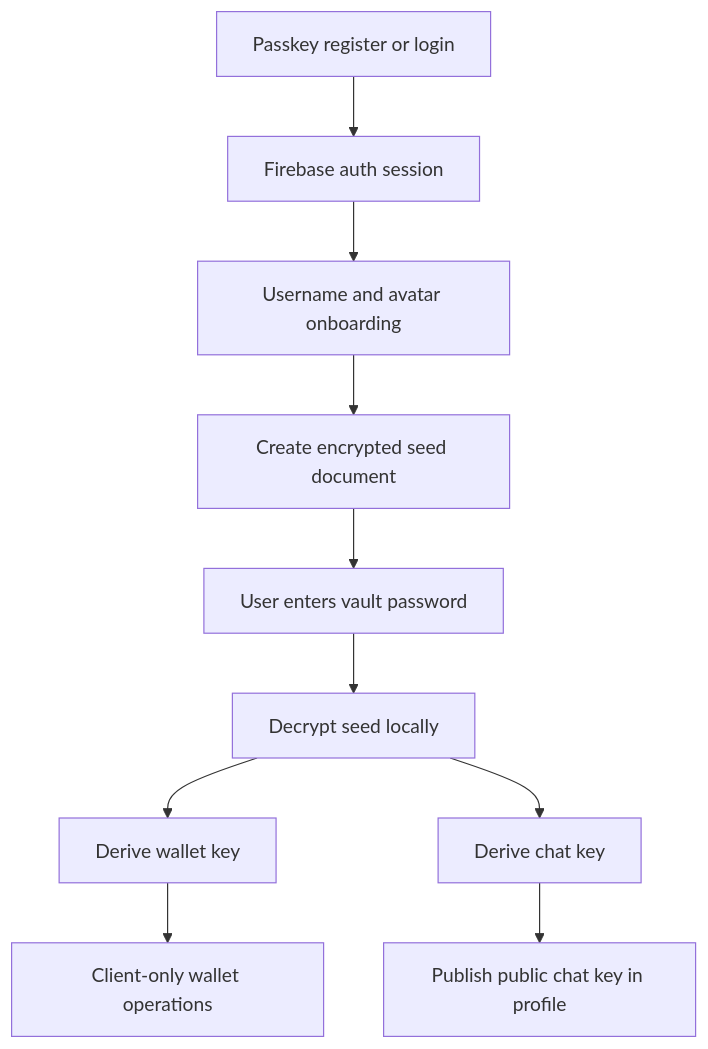
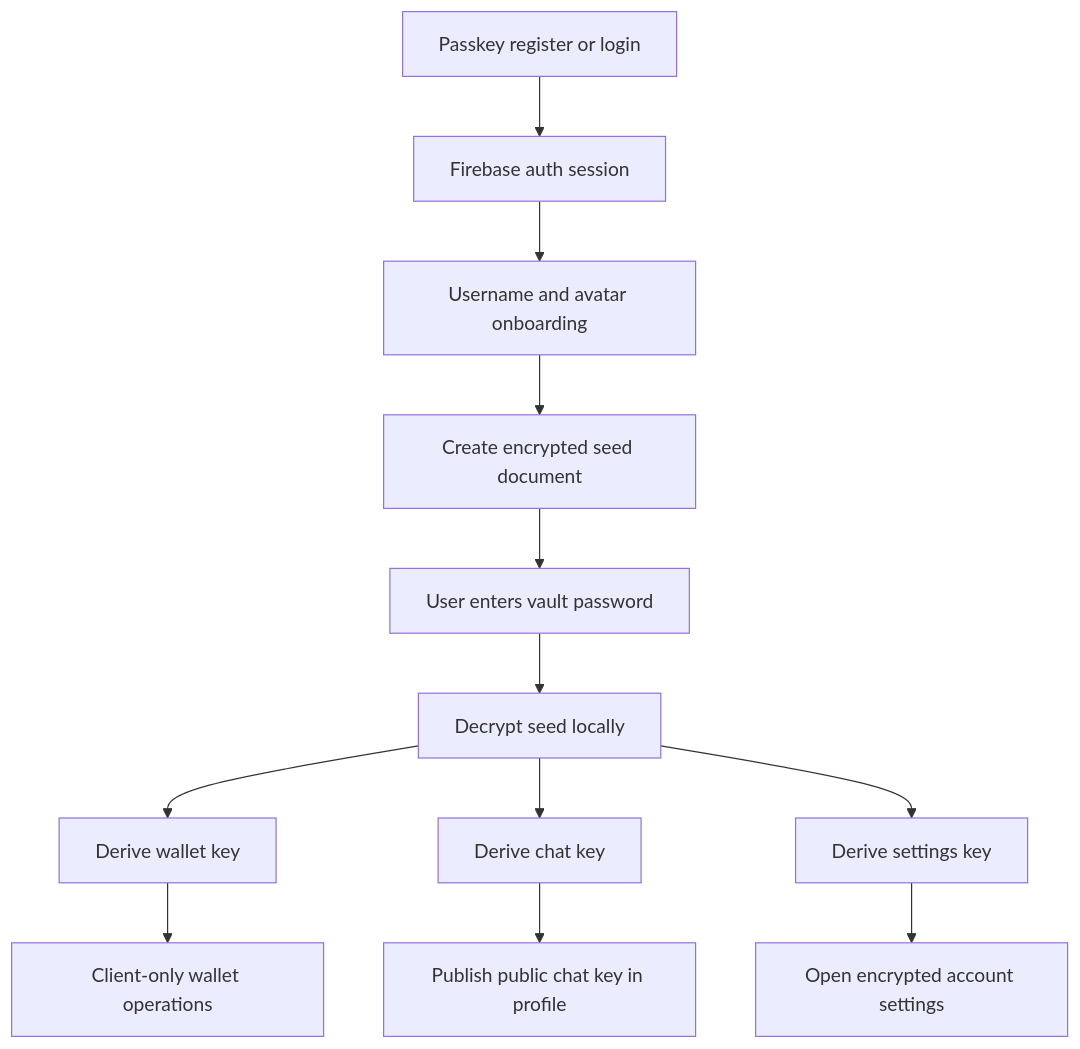
One commit to glyphteck/veyl changed the first of 5 diagrams in lifecycle/user.md. Above: the diagram before and after it, drawn with Mermaid. The commit also changed other lines of this file and 53 other files, not shown here.

````diff
--- a/lifecycle/user.md
+++ b/lifecycle/user.md
@@ -9,12 +9,14 @@
 ```mermaid
 flowchart TD
     A["Passkey register or login"] --> B["Firebase auth session"]
     B --> C["Username and avatar onboarding"]
     C --> D["Create encrypted seed document"]
     D --> E["User enters vault password"]
     E --> F["Decrypt seed locally"]
     F --> G["Derive wallet key"]
     F --> H["Derive chat key"]
+    F --> K["Derive settings key"]
+    K --> L["Open encrypted account settings"]
     H --> I["Publish public chat key in profile"]
     G --> J["Client-only wallet operations"]
 ```
````
